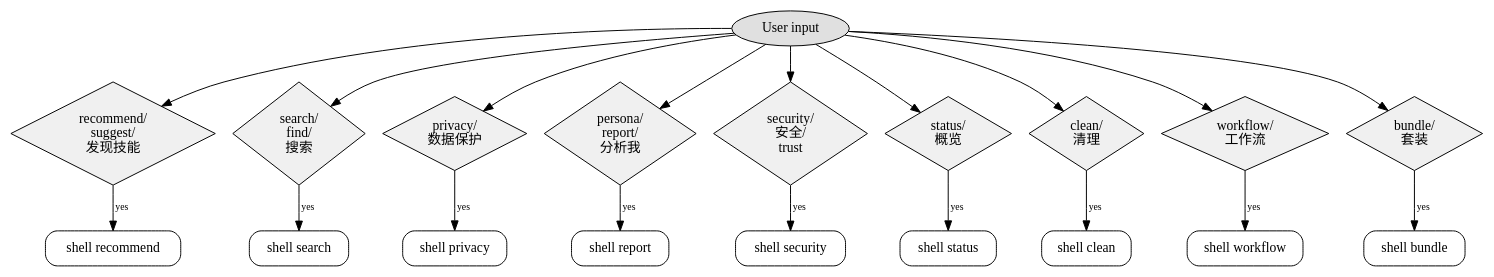
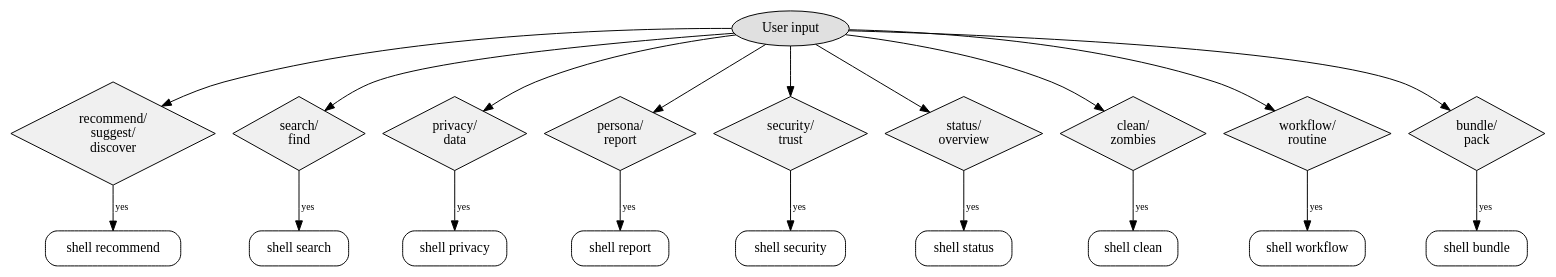
One commit to mapick-ai/mapickii changed the diagram in SKILL.md. Above: the diagram before and after it, drawn with Graphviz.

Commit message:
refactor: remove Chinese characters from flowchart labels

````diff
--- a/SKILL.md
+++ b/SKILL.md
@@ -33,53 +33,53 @@
 ```dot
 digraph intent_router {
     rankdir=TB;
     node [shape=diamond, style=filled, fillcolor="#f0f0f0"];
     edge [fontsize=10];
     
     "User input" [shape=ellipse, fillcolor="#e0e0e0"];
     
-    "recommend?" [label="recommend/\nsuggest/\n发现技能"];
-    "search?" [label="search/\nfind/\n搜索"];
-    "privacy?" [label="privacy/\n数据保护"];
-    "persona?" [label="persona/\nreport/\n分析我"];
-    "security?" [label="security/\n安全/\ntrust"];
-    "status?" [label="status/\n概览"];
-    "clean?" [label="clean/\n清理"];
-    "workflow?" [label="workflow/\n工作流"];
-    "bundle?" [label="bundle/\n套装"];
+    "recommend?" [label="recommend/\nsuggest/\ndiscover"];
+    "search?" [label="search/\nfind"];
+    "privacy?" [label="privacy/\ndata"];
+    "persona?" [label="persona/\nreport"];
+    "security?" [label="security/\ntrust"];
+    "status?" [label="status/\noverview"];
+    "clean?" [label="clean/\nzombies"];
+    "workflow?" [label="workflow/\nroutine"];
+    "bundle?" [label="bundle/\npack"];
     
     "shell recommend" [shape=box, style=rounded];
     "shell search" [shape=box, style=rounded];
     "shell privacy" [shape=box, style=rounded];
     "shell report" [shape=box, style=rounded];
     "shell security" [shape=box, style=rounded];
     "shell status" [shape=box, style=rounded];
     "shell clean" [shape=box, style=rounded];
     "shell workflow" [shape=box, style=rounded];
     "shell bundle" [shape=box, style=rounded];
     
     "User input" -> "recommend?";
     "User input" -> "search?";
     "User input" -> "privacy?";
     "User input" -> "persona?";
     "User input" -> "security?";
     "User input" -> "status?";
     "User input" -> "clean?";
     "User input" -> "workflow?";
     "User input" -> "bundle?";
     
     "recommend?" -> "shell recommend" [label="yes"];
     "search?" -> "shell search" [label="yes"];
     "privacy?" -> "shell privacy" [label="yes"];
     "persona?" -> "shell report" [label="yes"];
     "security?" -> "shell security" [label="yes"];
     "status?" -> "shell status" [label="yes"];
     "clean?" -> "shell clean" [label="yes"];
     "workflow?" -> "shell workflow" [label="yes"];
     "bundle?" -> "shell bundle" [label="yes"];
     
     {rank=same; "recommend?"; "search?"; "privacy?";}
     {rank=same; "persona?"; "security?"; "status?";}
     {rank=same; "clean?"; "workflow?"; "bundle?";}
 }
 ```
````
